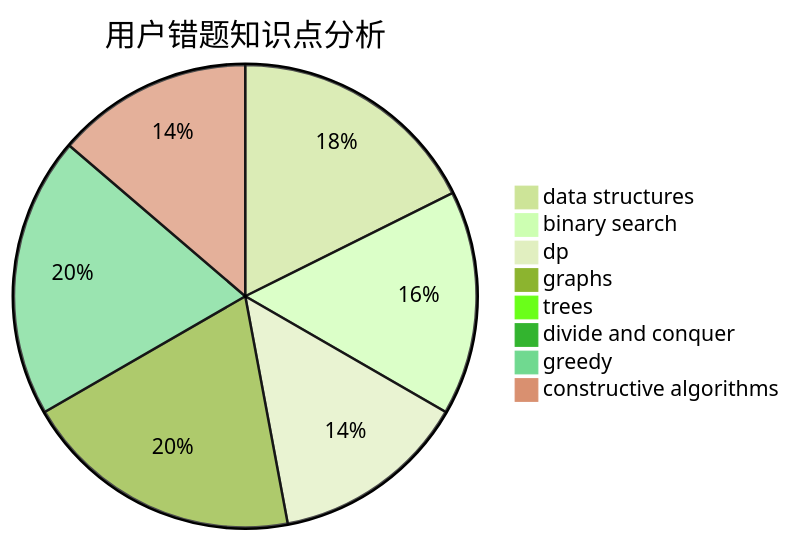
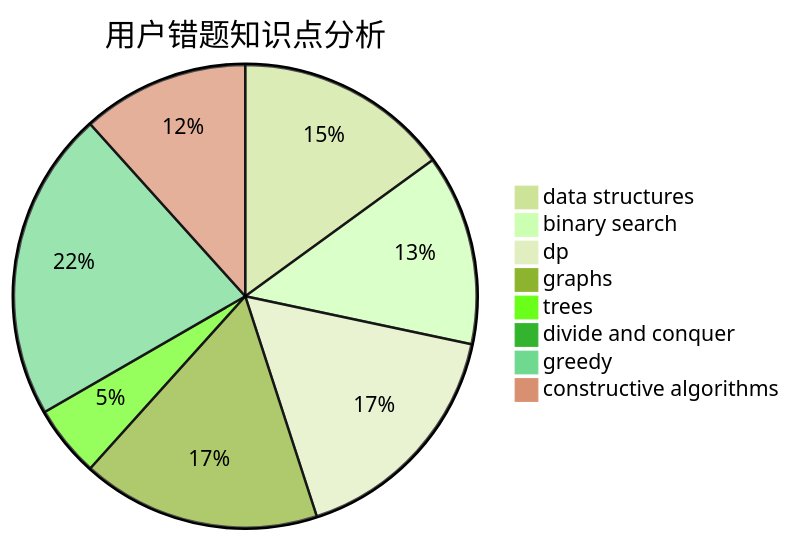
The third of 3 diagrams in docs/user/u2122.md (sherpahu/cfrs.github.io), drawn with Mermaid (forest theme) before and after one commit. The commit also changed other lines of this file and 2770 other files, not shown here.

````diff
--- a/docs/user/u2122.md
+++ b/docs/user/u2122.md
@@ -36,11 +36,11 @@
 ```mermaid
 pie title 用户错题知识点分析
     "data structures" :  9
     "binary search" :  8
-    "dp" :  7
+    "dp" :  10
     "graphs" :  10
-    "trees" :  0
+    "trees" :  3
     "divide and conquer" :  0
-    "greedy" :  10
+    "greedy" :  13
     "constructive algorithms" :  7
 ```
````
